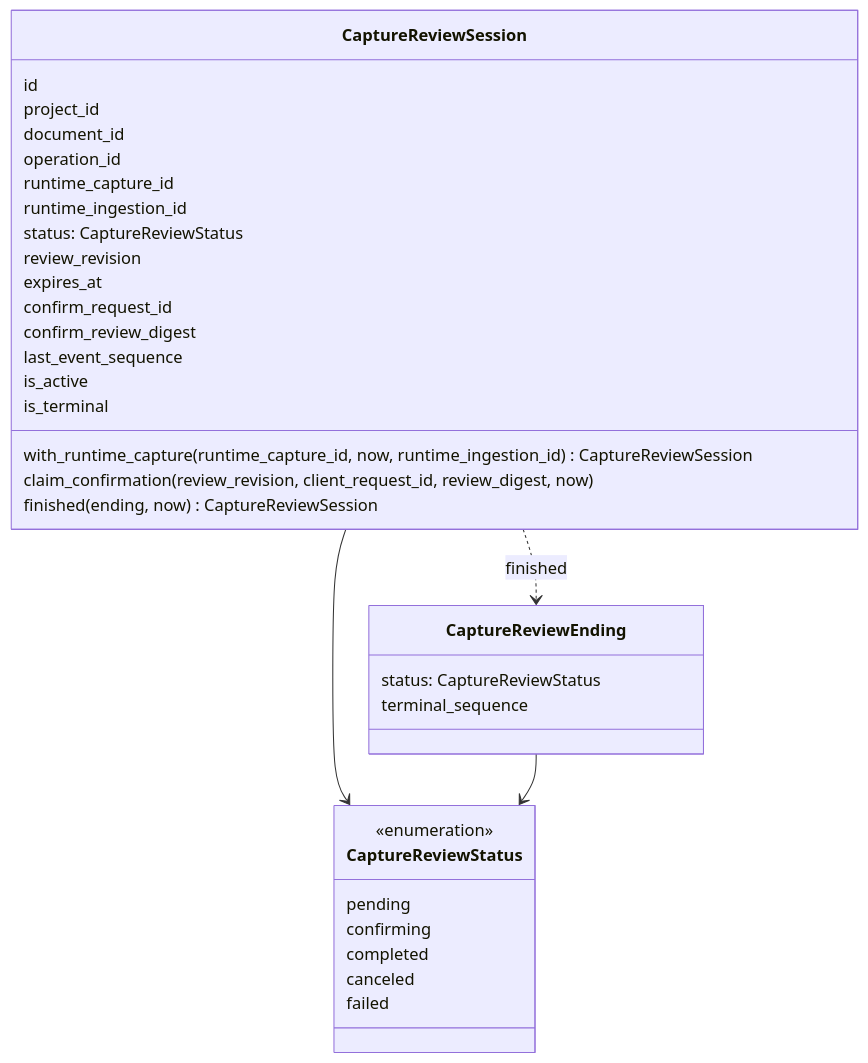
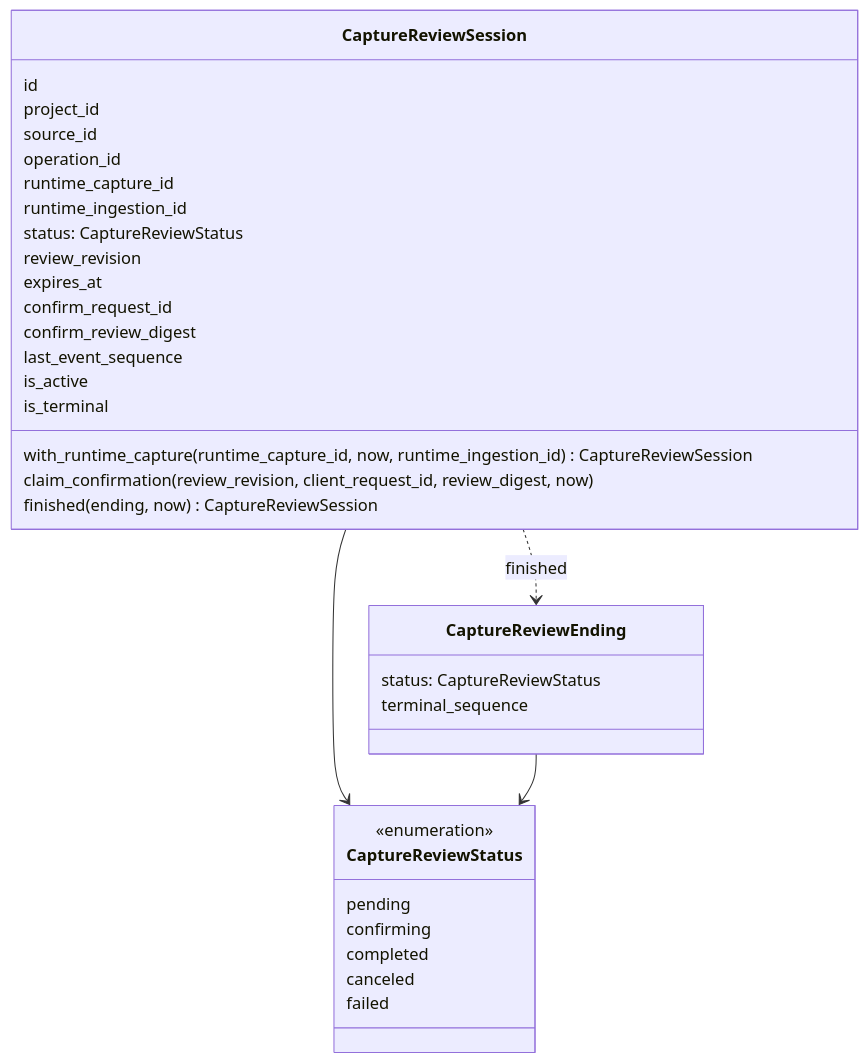
One commit to WodenWang820118/cert-prep changed the first of 3 diagrams in docs/domain/capture_integration.md. Above: the diagram before and after it, drawn with Mermaid. The commit also changed other lines of this file and 336 other files, not shown here.

````diff
--- a/docs/domain/capture_integration.md
+++ b/docs/domain/capture_integration.md
@@ -72,37 +72,37 @@
 ```mermaid
 classDiagram
   class CaptureReviewSession {
     id
     project_id
-    document_id
+    source_id
     operation_id
     runtime_capture_id
     runtime_ingestion_id
     status: CaptureReviewStatus
     review_revision
     expires_at
     confirm_request_id
     confirm_review_digest
     last_event_sequence
     is_active
     is_terminal
     with_runtime_capture(runtime_capture_id, now, runtime_ingestion_id) CaptureReviewSession
     claim_confirmation(review_revision, client_request_id, review_digest, now)
     finished(ending, now) CaptureReviewSession
   }
   class CaptureReviewEnding {
     status: CaptureReviewStatus
     terminal_sequence
   }
   class CaptureReviewStatus {
     <<enumeration>>
     pending
     confirming
     completed
     canceled
     failed
   }
   CaptureReviewSession --> CaptureReviewStatus
   CaptureReviewEnding --> CaptureReviewStatus
   CaptureReviewSession ..> CaptureReviewEnding : finished
 ```
````
